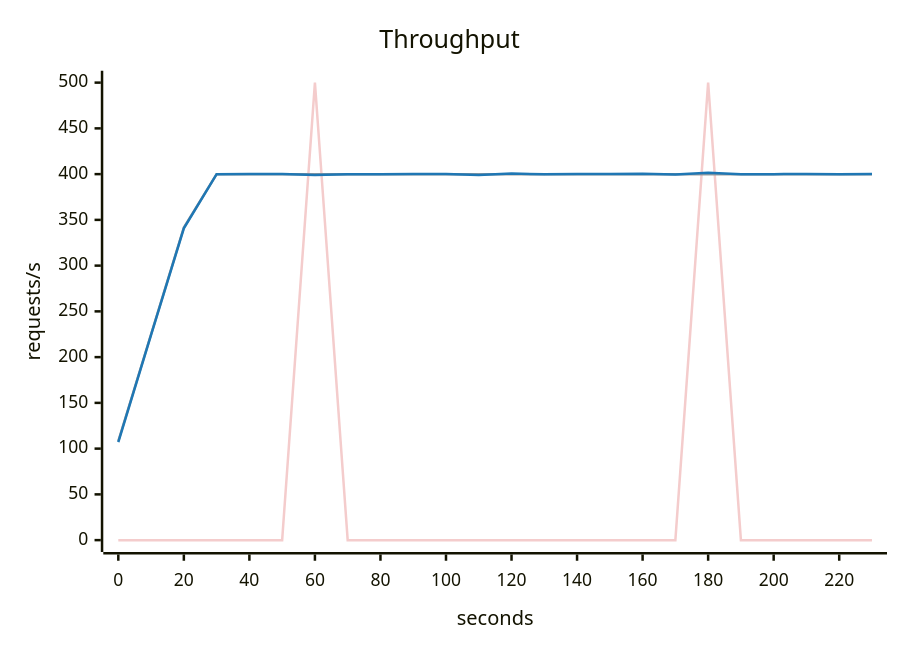
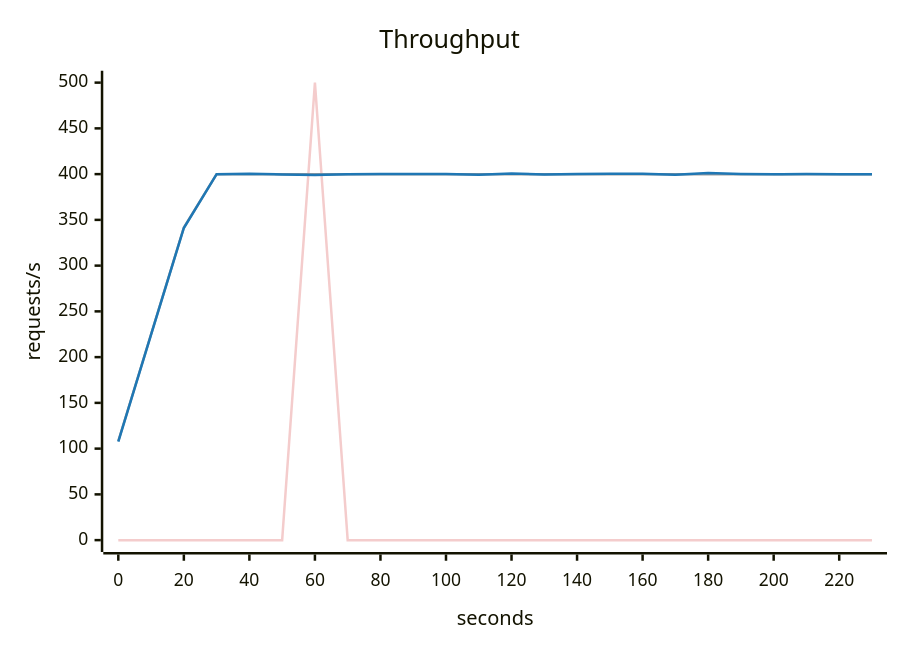
Before and after one commit to akinfemi/load-lore: the second of 5 diagrams in scenarios/slow-disk/solutions/more-connections/report.md, drawn with Mermaid. The commit also changed other lines of this file and 71 other files, not shown here.

````diff
--- a/scenarios/slow-disk/solutions/more-connections/report.md
+++ b/scenarios/slow-disk/solutions/more-connections/report.md
@@ -36,16 +36,16 @@
 ```mermaid
 ---
 config:
   themeVariables:
     xyChart:
       backgroundColor: "transparent"
       plotColorPalette: "#f4cccc, #9e9e9e, #1f77b4"
 ---
 xychart-beta
     title "Throughput"
     x-axis "seconds" 0 --> 230
     y-axis "requests/s" 0 --> 500
-    line [0, 0, 0, 0, 0, 0, 500, 0, 0, 0, 0, 0, 0, 0, 0, 0, 0, 0, 500, 0, 0, 0, 0, 0]
+    line [0, 0, 0, 0, 0, 0, 500, 0, 0, 0, 0, 0, 0, 0, 0, 0, 0, 0, 0, 0, 0, 0, 0, 0]
     line [108.333, 225, 341.667, 400, 400, 400, 400, 400, 400, 400, 400, 400, 400, 400, 400, 400, 400, 400, 400, 400, 400, 400, 400, 400]
-    line [107.198, 224.267, 340.713, 399.963, 400.017, 400.004, 398.91, 399.963, 399.914, 400.182, 400.244, 399.04, 400.578, 399.751, 400.087, 400.01, 400.409, 399.485, 401.526, 399.902, 399.998, 400.12, 399.88, 400.097]
+    line [107.759, 224.691, 341.132, 399.999, 400.28, 399.72, 398.976, 399.787, 400.051, 400.063, 400.109, 399.366, 400.738, 399.492, 400.033, 400.488, 400.286, 399.294, 401.345, 400.229, 399.745, 400.017, 399.999, 399.98]
 ```
````
